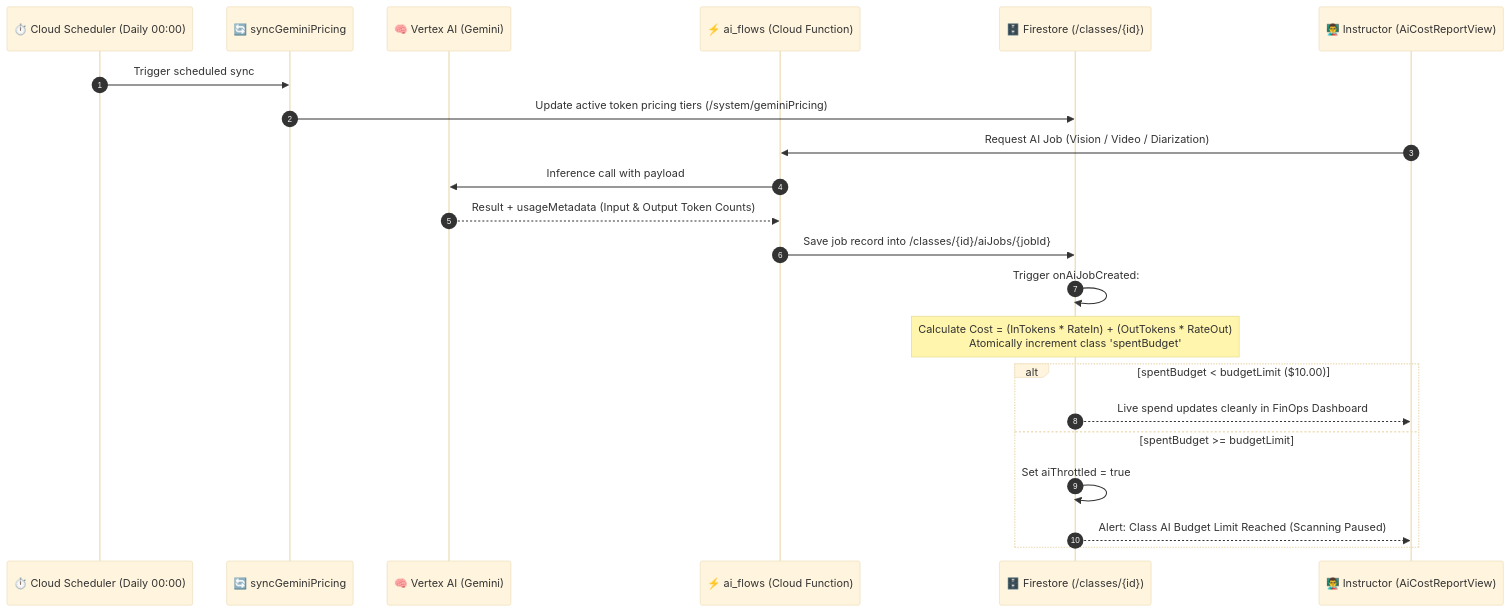
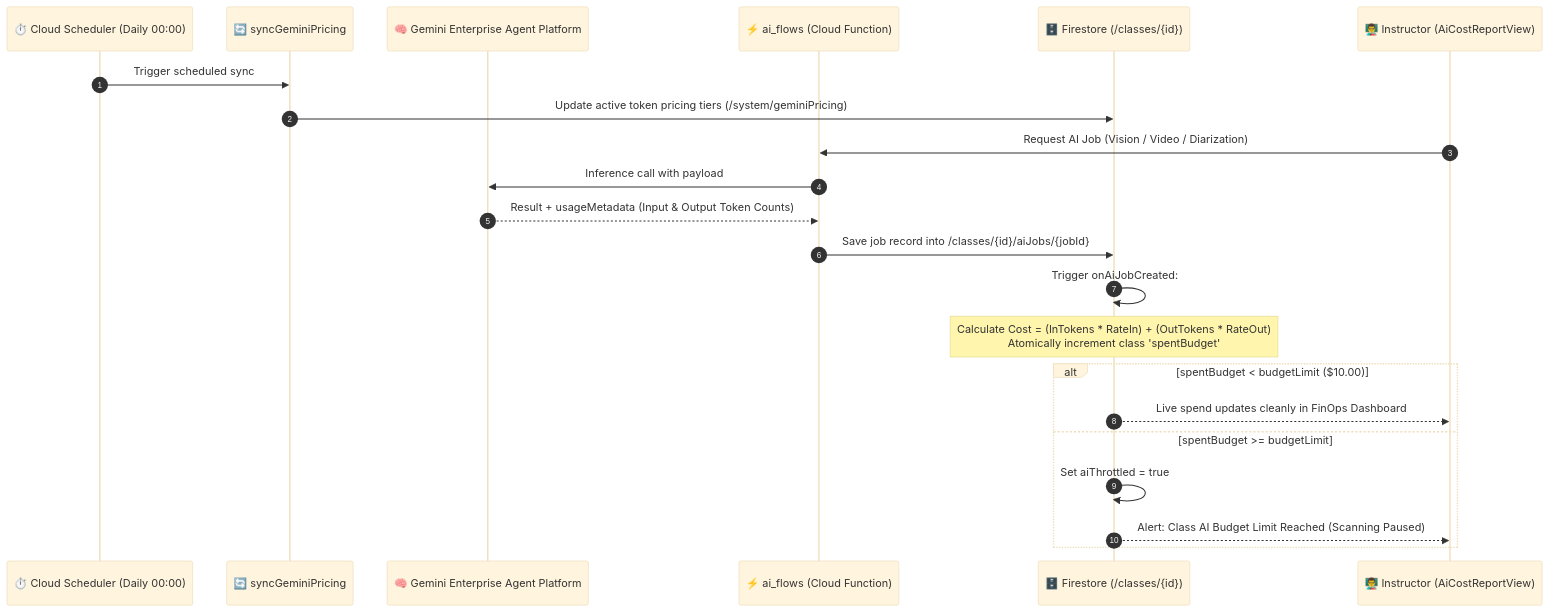
One commit to wongcyrus/Gemini-AI-Classroom-Assistant changed the fourth of 4 diagrams in docs/user-manual-admin.md. Above: the diagram before and after it, drawn with Mermaid (base theme). The commit also changed other lines of this file and 11 other files, not shown here.

Commit message:
docs: update Vertex AI references to Gemini Enterprise Agent Platform across docs and slides

````diff
--- a/docs/user-manual-admin.md
+++ b/docs/user-manual-admin.md
@@ -365,31 +365,31 @@
 ```mermaid
 sequenceDiagram
     autonumber
     participant Cron as ⏱️ Cloud Scheduler (Daily 00:00)
     participant PriceFn as 🔄 syncGeminiPricing
-    participant Vertex as 🧠 Vertex AI (Gemini)
+    participant Vertex as 🧠 Gemini Enterprise Agent Platform
     participant AIFlow as ⚡ ai_flows (Cloud Function)
     participant FS as 🗄️ Firestore (/classes/{id})
     participant Teacher as 👨‍🏫 Instructor (AiCostReportView)
 
     %% 1. Daily Sync
     Cron->>PriceFn: Trigger scheduled sync
     PriceFn->>FS: Update active token pricing tiers (/system/geminiPricing)
 
     %% 2. Execution & Accounting
     Teacher->>AIFlow: Request AI Job (Vision / Video / Diarization)
     AIFlow->>Vertex: Inference call with payload
     Vertex-->>AIFlow: Result + usageMetadata (Input & Output Token Counts)
     AIFlow->>FS: Save job record into /classes/{id}/aiJobs/{jobId}
     
     %% 3. Budget & Throttle Gate
     FS->>FS: Trigger onAiJobCreated:
     note over FS: Calculate Cost = (InTokens * RateIn) + (OutTokens * RateOut)<br/>Atomically increment class 'spentBudget'
     
     alt spentBudget < budgetLimit ($10.00)
         FS-->>Teacher: Live spend updates cleanly in FinOps Dashboard
     else spentBudget >= budgetLimit
         FS->>FS: Set aiThrottled = true
         FS-->>Teacher: Alert: Class AI Budget Limit Reached (Scanning Paused)
     end
 ```
````
